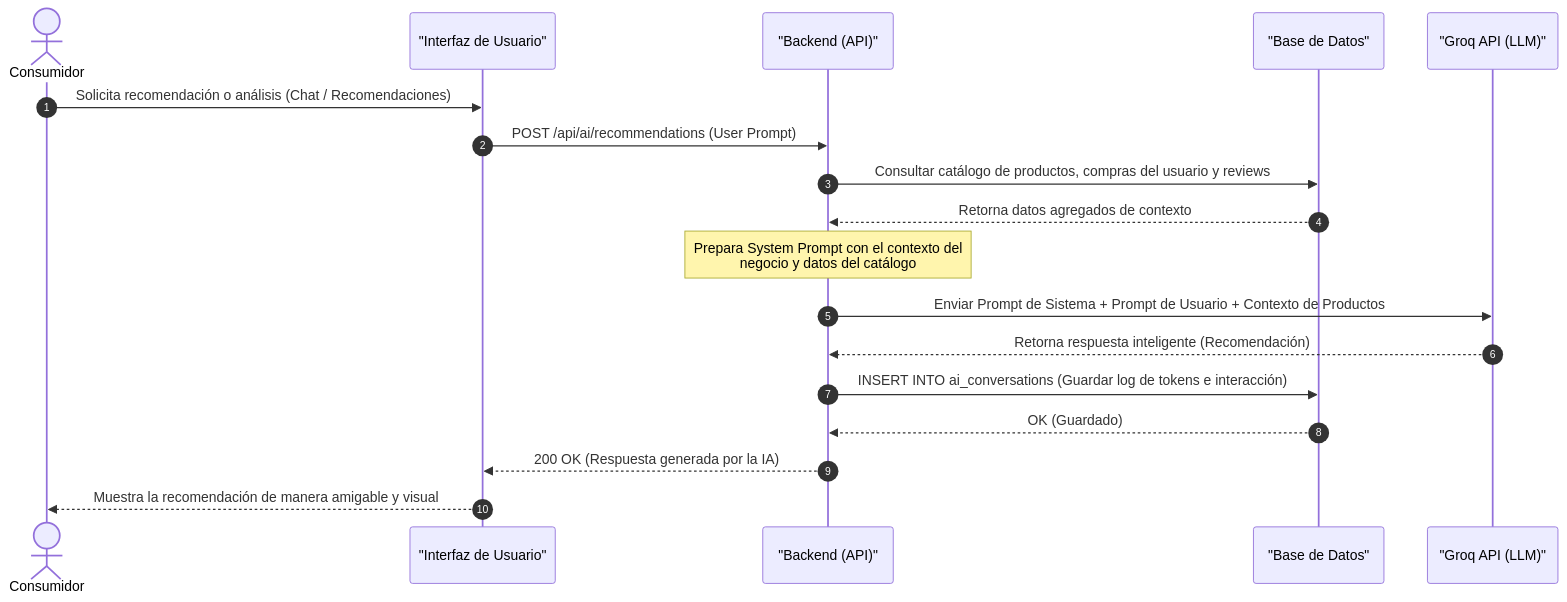
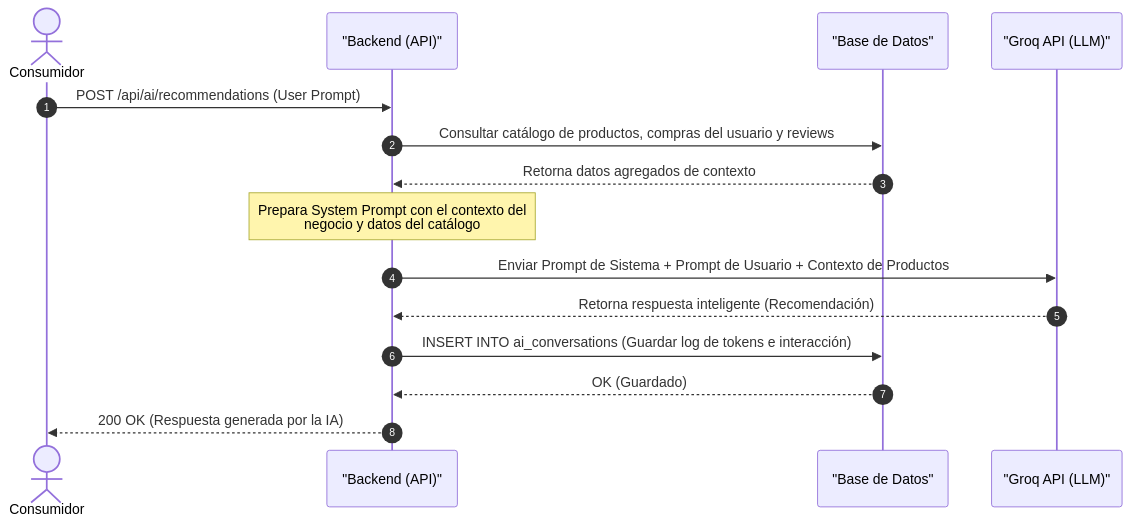
The sixth of 6 diagrams in retos/proyecto-final/MarketPlace/README.md (jbolivarz94/Diplomano.NET), drawn with Mermaid before and after one commit. The commit also changed other lines of this file and 17 other files, not shown here.

````diff
--- a/retos/proyecto-final/MarketPlace/README.md
+++ b/retos/proyecto-final/MarketPlace/README.md
@@ -236,21 +219,18 @@
 ```mermaid
 sequenceDiagram
     autonumber
     actor Consumidor
-    participant UI as "Interfaz de Usuario"
     participant API as "Backend (API)"
     participant DB as "Base de Datos"
     participant Groq as "Groq API (LLM)"
 
-    Consumidor->>UI: Solicita recomendación o análisis (Chat / Recomendaciones)
-    UI->>API: POST /api/ai/recommendations (User Prompt)
+    Consumidor->>API: POST /api/ai/recommendations (User Prompt)
     API->>DB: Consultar catálogo de productos, compras del usuario y reviews
     DB-->>API: Retorna datos agregados de contexto
     Note over API: Prepara System Prompt con el contexto del<br/>negocio y datos del catálogo
     API->>Groq: Enviar Prompt de Sistema + Prompt de Usuario + Contexto de Productos
     Groq-->>API: Retorna respuesta inteligente (Recomendación)
     API->>DB: INSERT INTO ai_conversations (Guardar log de tokens e interacción)
     DB-->>API: OK (Guardado)
-    API-->>UI: 200 OK (Respuesta generada por la IA)
-    UI-->>Consumidor: Muestra la recomendación de manera amigable y visual
+    API-->>Consumidor: 200 OK (Respuesta generada por la IA)
 ```
````
